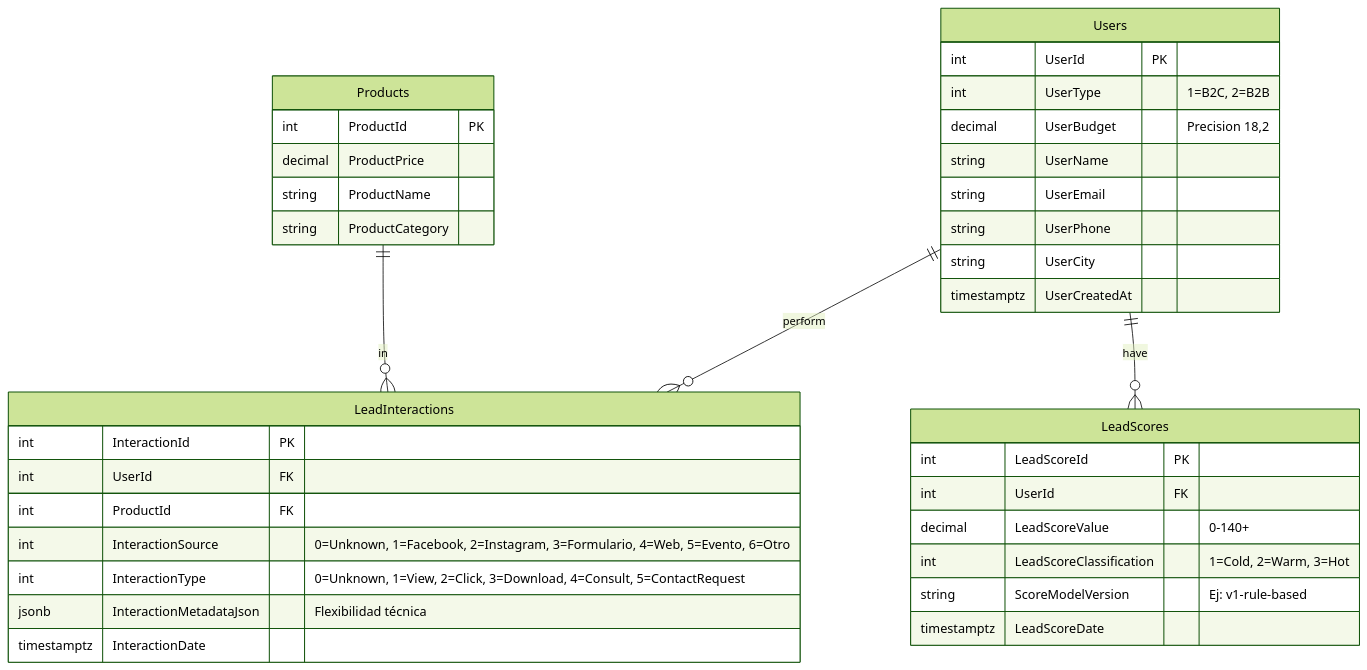
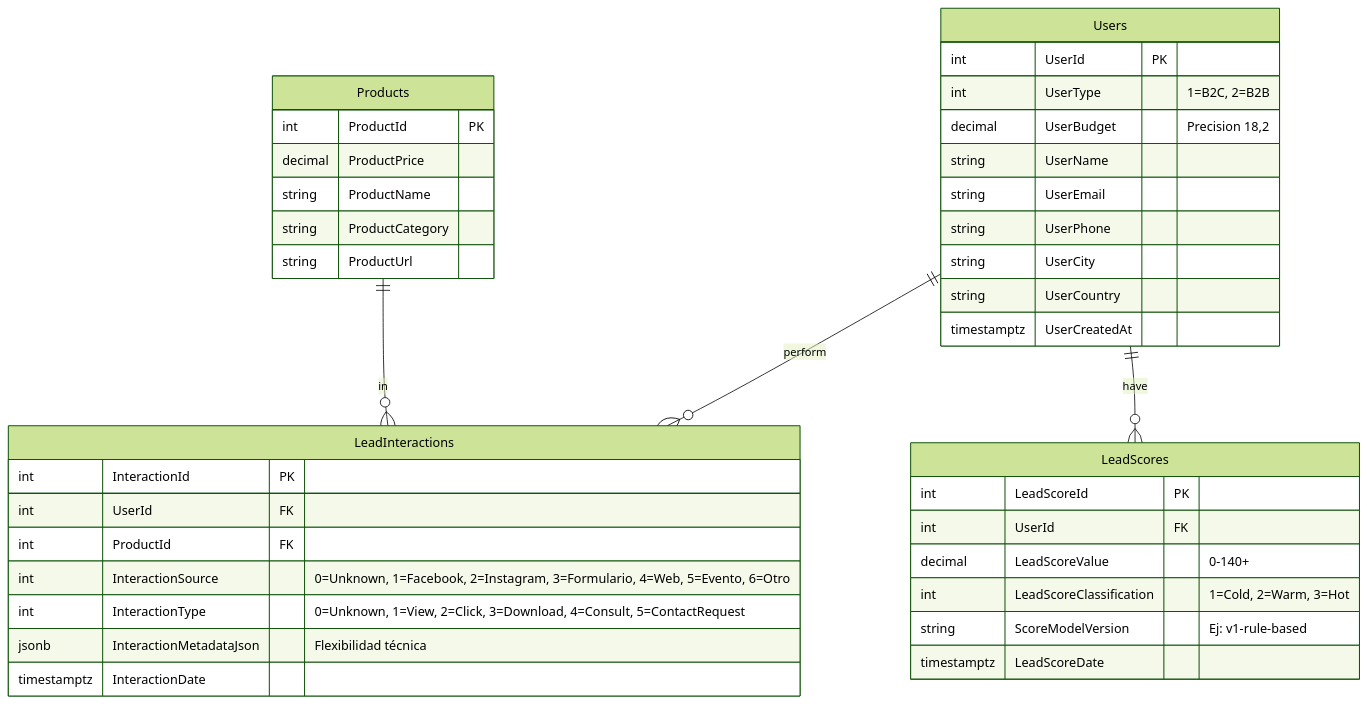
One commit to No-Country-simulation/S02-26-Equipo-48--EquineLead changed the diagram in docs/database/especificacion-tecnica-db-v2.md. Above: the diagram before and after it, drawn with Mermaid (forest theme). The commit also changed 31 other files, not shown here.

````diff
--- a/docs/database/especificacion-tecnica-db-v2.md
+++ b/docs/database/especificacion-tecnica-db-v2.md
@@ -12,43 +12,45 @@
 ```mermaid
 erDiagram
     Users ||--o{ LeadInteractions : perform
     Users ||--o{ LeadScores : have
     Products ||--o{ LeadInteractions : in
     
     Users {
         int UserId PK
         int UserType "1=B2C, 2=B2B"
         decimal UserBudget "Precision 18,2"
         string UserName
         string UserEmail
         string UserPhone
         string UserCity
+        string UserCountry
         timestamptz UserCreatedAt
     }
     
     Products {
         int ProductId PK
         decimal ProductPrice
         string ProductName
         string ProductCategory
+        string ProductUrl
     }
     
     LeadInteractions {
         int InteractionId PK
         int UserId FK
         int ProductId FK
         int InteractionSource "0=Unknown, 1=Facebook, 2=Instagram, 3=Formulario, 4=Web, 5=Evento, 6=Otro"
         int InteractionType "0=Unknown, 1=View, 2=Click, 3=Download, 4=Consult, 5=ContactRequest"
         jsonb InteractionMetadataJson "Flexibilidad técnica"
         timestamptz InteractionDate
     }
     
     LeadScores {
         int LeadScoreId PK
         int UserId FK
         decimal LeadScoreValue "0-140+"
         int LeadScoreClassification "1=Cold, 2=Warm, 3=Hot"
         string ScoreModelVersion "Ej: v1-rule-based"
         timestamptz LeadScoreDate
     }
 ```
````
